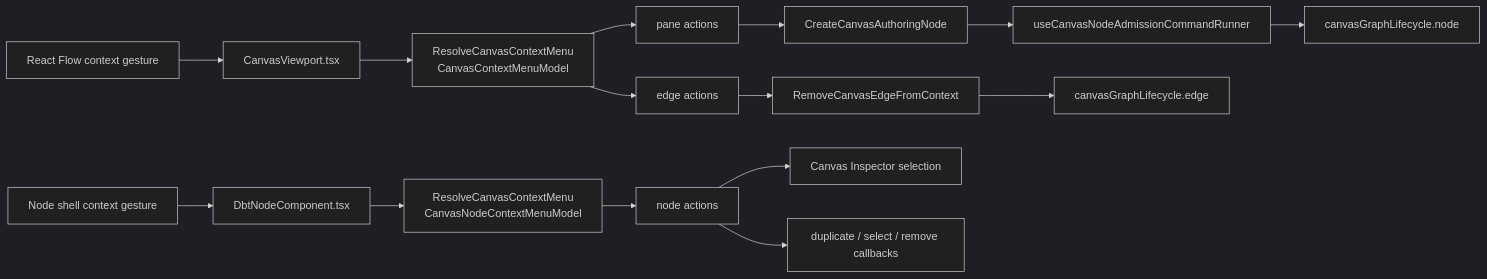
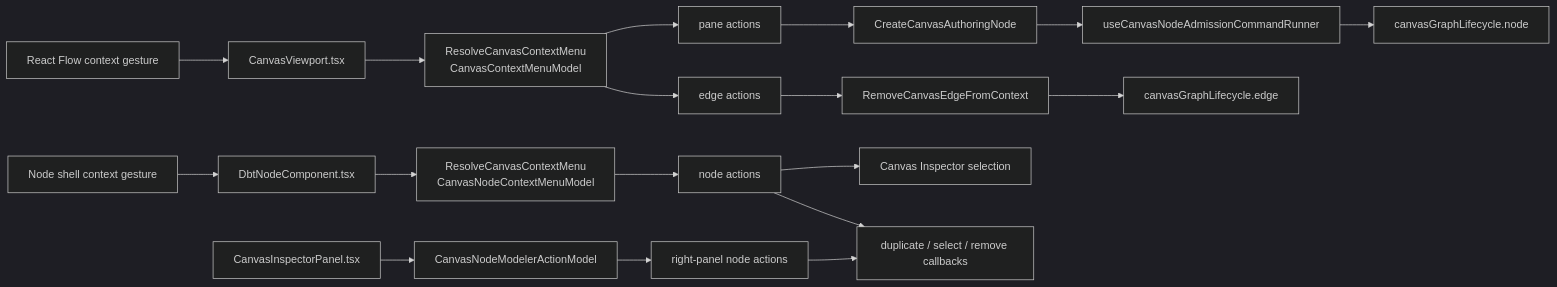
The second of 2 diagrams in docs/architecture/components/web/graph/canvas-interaction-command-surface-component.md (dunay2/dvt), drawn with Mermaid (dark theme) before and after one commit. The commit also changed other lines of this file and 13 other files, not shown here.

Commit message:
feat(web): Add inspector modeler node actions

````diff
--- a/docs/architecture/components/web/graph/canvas-interaction-command-surface-component.md
+++ b/docs/architecture/components/web/graph/canvas-interaction-command-surface-component.md
@@ -137,17 +157,20 @@
 ```mermaid
 flowchart LR
   Gesture["React Flow context gesture"] --> Viewport["CanvasViewport.tsx"]
   NodeGesture["Node shell context gesture"] --> NodeRenderer["DbtNodeComponent.tsx"]
   Viewport --> Model["ResolveCanvasContextMenu<br>CanvasContextMenuModel"]
   NodeRenderer --> NodeModel["ResolveCanvasContextMenu<br>CanvasNodeContextMenuModel"]
+  InspectorPanel["CanvasInspectorPanel.tsx"] --> NodeModeler["CanvasNodeModelerActionModel"]
   Model --> Pane["pane actions"]
   Model --> Edge["edge actions"]
   NodeModel --> NodeActions["node actions"]
+  NodeModeler --> InspectorActions["right-panel node actions"]
   Pane --> Create["CreateCanvasAuthoringNode"]
   Create --> Admission["useCanvasNodeAdmissionCommandRunner"]
   Admission --> NodeLifecycle["canvasGraphLifecycle.node"]
   Edge --> Remove["RemoveCanvasEdgeFromContext"]
   Remove --> EdgeLifecycle["canvasGraphLifecycle.edge"]
   NodeActions --> Inspector["Canvas Inspector selection"]
   NodeActions --> ExistingNodeCommands["duplicate / select / remove callbacks"]
+  InspectorActions --> ExistingNodeCommands
 ```
````
